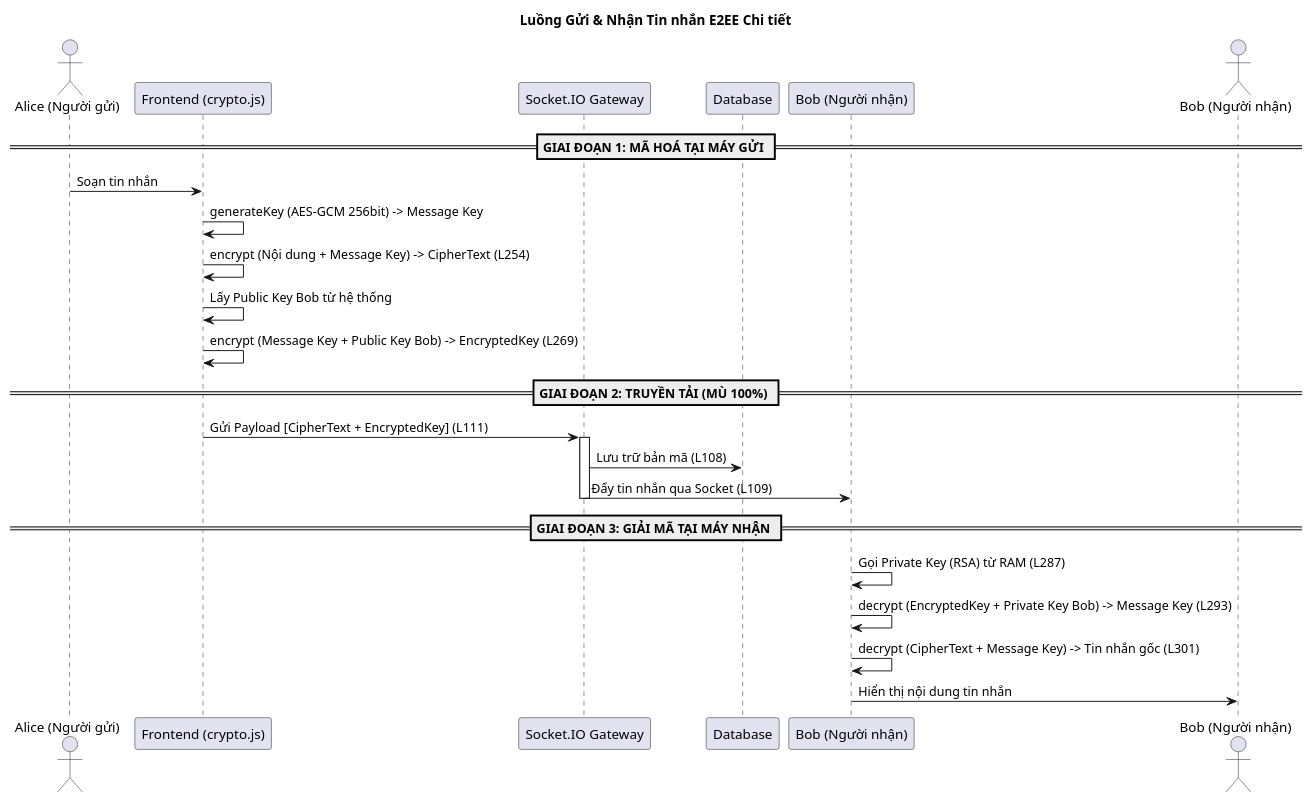
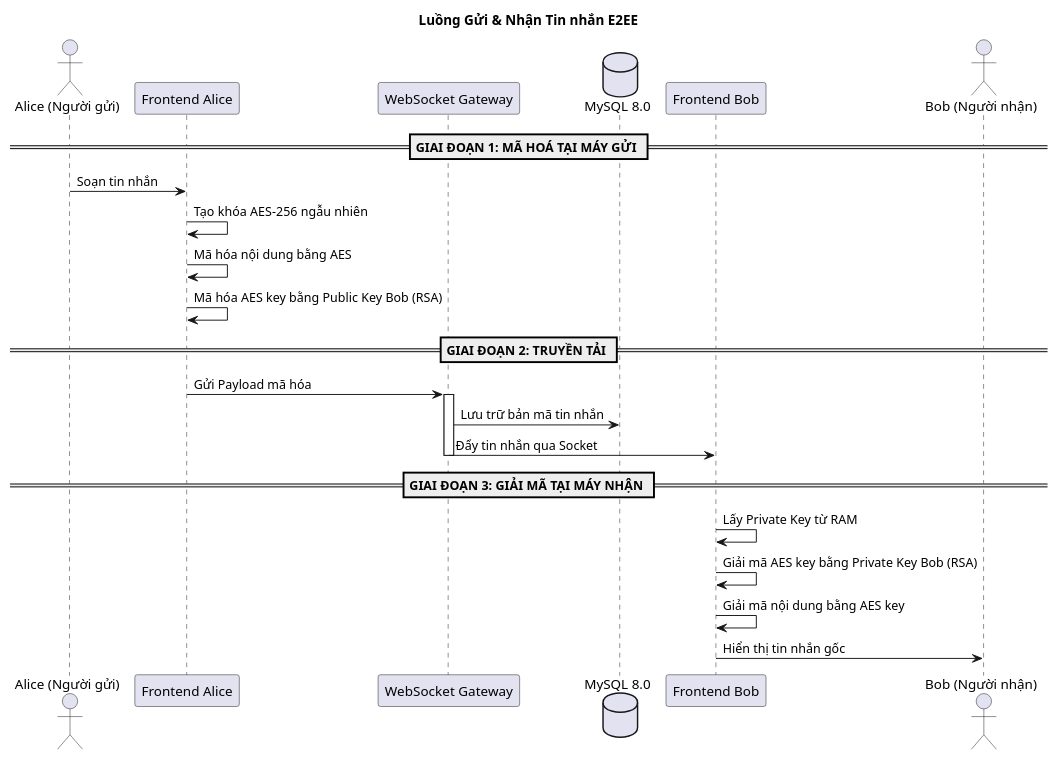
One commit to Wendy84205/K-T-T01 changed the second of 5 diagrams in docs/TECHNICAL_FLOWS.md. Above: the diagram before and after it, drawn with PlantUML. The commit also changed other lines of this file and 9 other files, not shown here.

Commit message:
Update documents and fix E2EE UML diagrams

````diff
--- a/docs/TECHNICAL_FLOWS.md
+++ b/docs/TECHNICAL_FLOWS.md
@@ -85,38 +77,35 @@
 ```plantuml
 @startuml
-skinparam NoteBackgroundColor #f9f9f9
-
-title Luồng Gửi & Nhận Tin nhắn E2EE Chi tiết
+title "Luồng Gửi & Nhận Tin nhắn E2EE"
 
 actor "Alice (Người gửi)" as Alice
-participant "Frontend (crypto.js)" as AliceFE
-participant "Socket.IO Gateway" as Socket
-participant "Database" as DB
-participant "Bob (Người nhận)" as BobFE
+participant "Frontend Alice" as AliceFE
+participant "WebSocket Gateway" as Socket
+database "MySQL 8.0" as DB
+participant "Frontend Bob" as BobFE
 actor "Bob (Người nhận)" as Bob
 
 == GIAI ĐOẠN 1: MÃ HOÁ TẠI MÁY GỬI ==
 
-Alice -> AliceFE: Soạn tin nhắn
-AliceFE -> AliceFE: generateKey (AES-GCM 256bit) -> Message Key
-AliceFE -> AliceFE: encrypt (Nội dung + Message Key) -> CipherText (L254)
-AliceFE -> AliceFE: Lấy Public Key Bob từ hệ thống
-AliceFE -> AliceFE: encrypt (Message Key + Public Key Bob) -> EncryptedKey (L269)
+Alice -> AliceFE : Soạn tin nhắn
+AliceFE -> AliceFE : Tạo khóa AES-256 ngẫu nhiên
+AliceFE -> AliceFE : Mã hóa nội dung bằng AES
+AliceFE -> AliceFE : Mã hóa AES key bằng Public Key Bob (RSA)
 
-== GIAI ĐOẠN 2: TRUYỀN TẢI (MÙ 100%) ==
+== GIAI ĐOẠN 2: TRUYỀN TẢI ==
 
-AliceFE -> Socket: Gửi Payload [CipherText + EncryptedKey] (L111)
+AliceFE -> Socket : Gửi Payload mã hóa
 activate Socket
-Socket -> DB: Lưu trữ bản mã (L108)
-Socket -> BobFE: Đẩy tin nhắn qua Socket (L109)
+Socket -> DB : Lưu trữ bản mã tin nhắn
+Socket -> BobFE : Đẩy tin nhắn qua Socket
 deactivate Socket
 
 == GIAI ĐOẠN 3: GIẢI MÃ TẠI MÁY NHẬN ==
 
-BobFE -> BobFE: Gọi Private Key (RSA) từ RAM (L287)
-BobFE -> BobFE: decrypt (EncryptedKey + Private Key Bob) -> Message Key (L293)
-BobFE -> BobFE: decrypt (CipherText + Message Key) -> Tin nhắn gốc (L301)
-BobFE -> Bob: Hiển thị nội dung tin nhắn
+BobFE -> BobFE : Lấy Private Key từ RAM
+BobFE -> BobFE : Giải mã AES key bằng Private Key Bob (RSA)
+BobFE -> BobFE : Giải mã nội dung bằng AES key
+BobFE -> Bob : Hiển thị tin nhắn gốc
 
 @enduml
 ```
````
